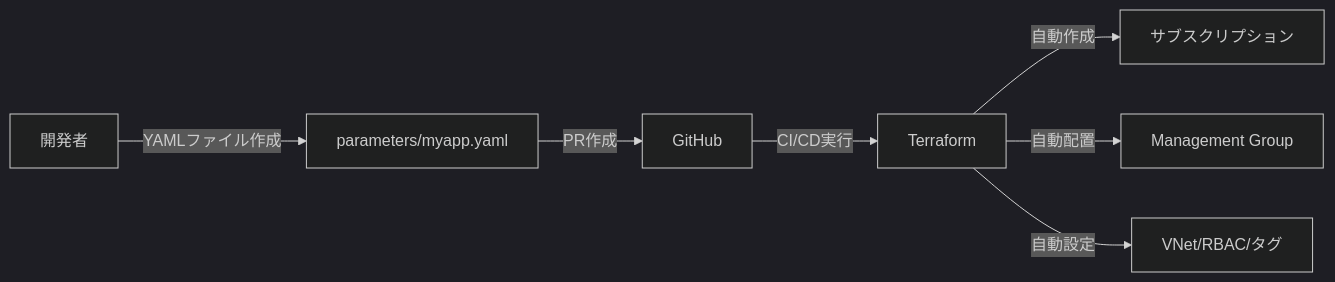
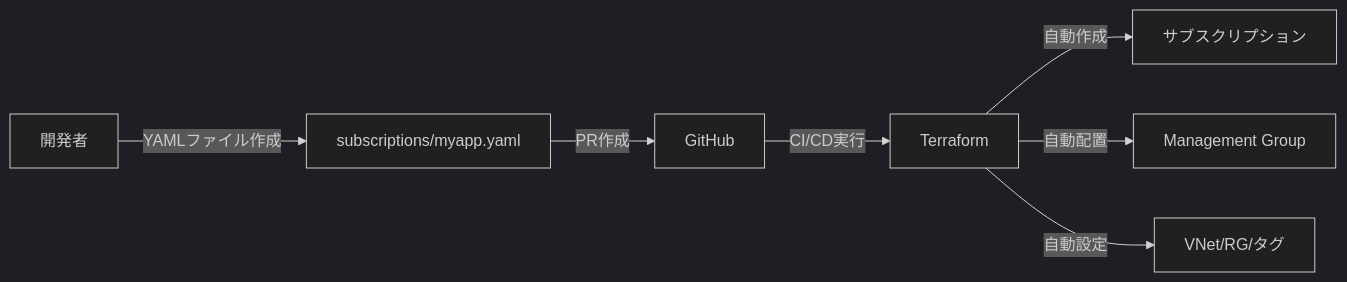
The third of 3 diagrams in docs-site/docs/04_IaCランディングゾーンの運用管理.md (shuhei0720org01/alz-mgmt), drawn with Mermaid (dark theme) before and after one commit. The commit also changed other lines of this file, not shown here.

First line of the commit message:
docs: Add subscription vending hands-on with YAML-based configuration

````diff
--- a/docs-site/docs/04_IaCランディングゾーンの運用管理.md
+++ b/docs-site/docs/04_IaCランディングゾーンの運用管理.md
@@ -808,9 +808,9 @@
     ```mermaid
     graph LR
-        A[開発者] -->|YAMLファイル作成| B[parameters/myapp.yaml]
+        A[開発者] -->|YAMLファイル作成| B[subscriptions/myapp.yaml]
         B -->|PR作成| C[GitHub]
         C -->|CI/CD実行| D[Terraform]
         D -->|自動作成| E[サブスクリプション]
         D -->|自動配置| F[Management Group]
-        D -->|自動設定| G[VNet/RBAC/タグ]
+        D -->|自動設定| G[VNet/RG/タグ]
     ```
````
